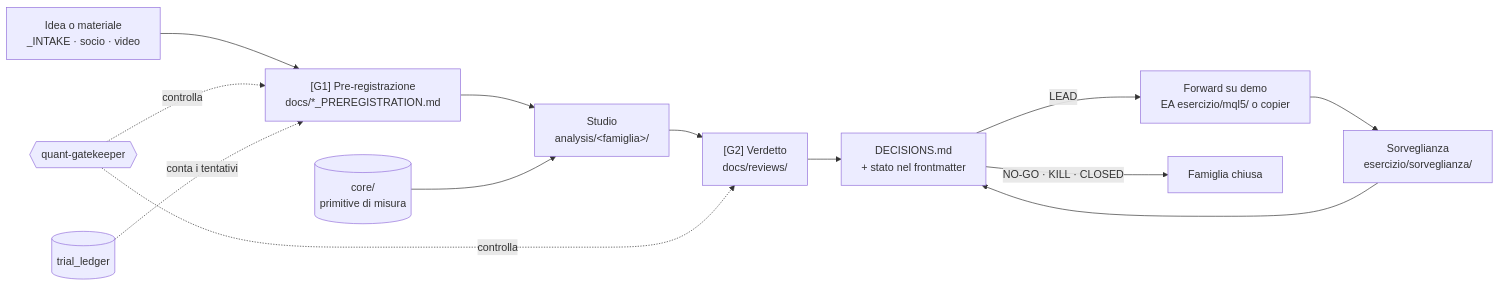
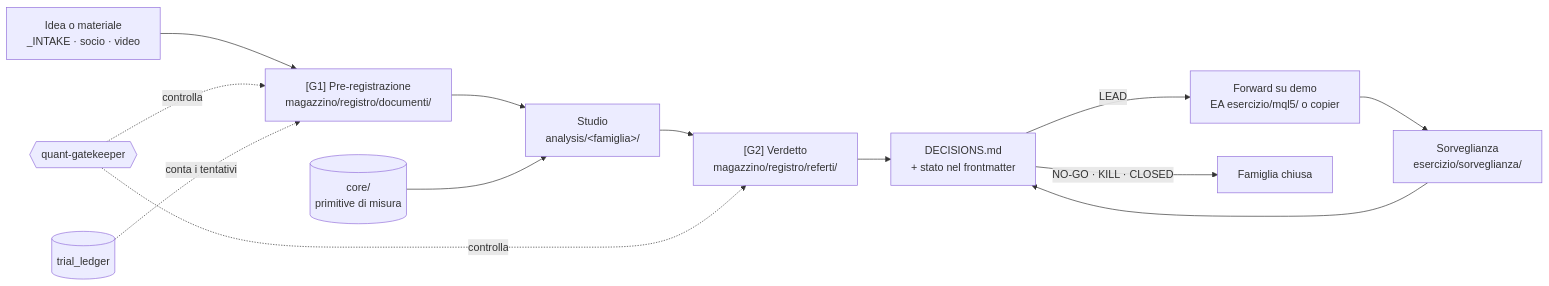
Before and after one commit to matteoteo2507-stack/trad: the first of 2 diagrams in decisioni/mappa/00-panoramica-trad.md, drawn with Mermaid. The commit also changed other lines of this file and 361 other files, not shown here.

First line of the commit message:
Riordino: macro magazzino/ (teoria, fonti, registro degli studi, dormienti), per tipo e non per famiglia

````diff
--- a/decisioni/mappa/00-panoramica-trad.md
+++ b/decisioni/mappa/00-panoramica-trad.md
@@ -35,15 +35,15 @@
 ```mermaid
 flowchart LR
-  I[Idea o materiale<br/>_INTAKE · socio · video] --> P["[G1] Pre-registrazione<br/>docs/*_PREREGISTRATION.md"]
+  I[Idea o materiale<br/>_INTAKE · socio · video] --> P["[G1] Pre-registrazione<br/>magazzino/registro/documenti/"]
   P --> S[Studio<br/>analysis/&lt;famiglia&gt;/]
   C[(core/<br/>primitive di misura)] --> S
-  S --> V["[G2] Verdetto<br/>docs/reviews/"]
+  S --> V["[G2] Verdetto<br/>magazzino/registro/referti/"]
   QG{{quant-gatekeeper}} -. controlla .-> P
   QG -. controlla .-> V
   V --> D[DECISIONS.md<br/>+ stato nel frontmatter]
   D -->|LEAD| F[Forward su demo<br/>EA esercizio/mql5/ o copier]
   D -->|NO-GO · KILL · CLOSED| X[Famiglia chiusa]
   F --> H[Sorveglianza<br/>esercizio/sorveglianza/]
   H --> D
   T[(trial_ledger)] -. conta i tentativi .-> P
 ```
````
